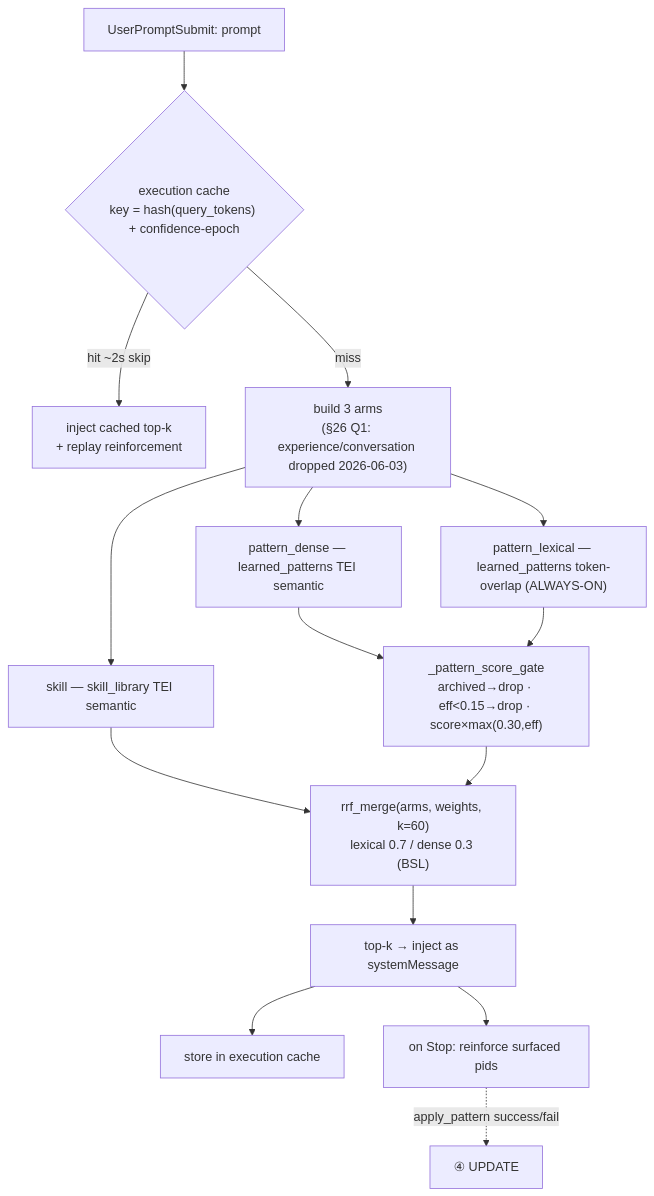
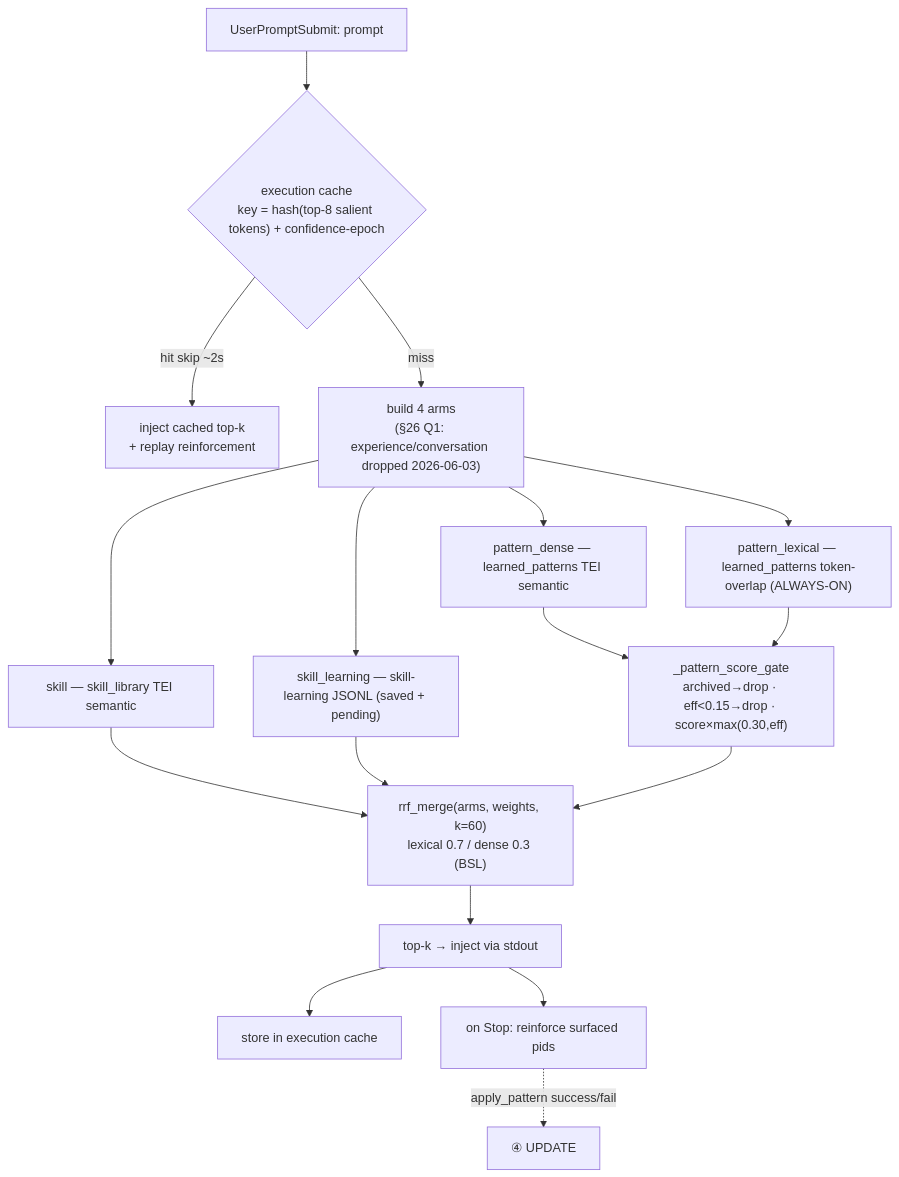
One commit to Alex1980Alex/1C-Framework changed the seventh of 10 diagrams in docs/framework documentation/5_ПАМЯТЬ/5.1_UNIFIED_MEMORY/27.11_Pattern_Lifecycle.md. Above: the diagram before and after it, drawn with Mermaid. The commit also changed other lines of this file and 70 other files, not shown here.

````diff
--- a/docs/framework documentation/5_ПАМЯТЬ/5.1_UNIFIED_MEMORY/27.11_Pattern_Lifecycle.md
+++ b/docs/framework documentation/5_ПАМЯТЬ/5.1_UNIFIED_MEMORY/27.11_Pattern_Lifecycle.md
@@ -132,17 +131,19 @@
 ```mermaid
 flowchart TD
-  P["UserPromptSubmit: prompt"] --> CK{"execution cache<br/>key = hash(query_tokens) + confidence-epoch"}
-  CK -->|hit ~2s skip| INJ["inject cached top-k<br/>+ replay reinforcement"]
-  CK -->|miss| ARMS["build 3 arms<br/>(§26 Q1: experience/conversation dropped 2026-06-03)"]
+  P["UserPromptSubmit: prompt"] --> CK{"execution cache<br/>key = hash(top-8 salient tokens) + confidence-epoch"}
+  CK -->|hit skip ~2s| INJ["inject cached top-k<br/>+ replay reinforcement"]
+  CK -->|miss| ARMS["build 4 arms<br/>(§26 Q1: experience/conversation dropped 2026-06-03)"]
   ARMS --> A1["skill — skill_library TEI semantic"]
   ARMS --> A3["pattern_dense — learned_patterns TEI semantic"]
   ARMS --> A4["pattern_lexical — learned_patterns token-overlap (ALWAYS-ON)"]
+  ARMS --> A5["skill_learning — skill-learning JSONL (saved + pending)"]
   A3 --> GATE["_pattern_score_gate<br/>archived→drop · eff<0.15→drop · score×max(0.30,eff)"]
   A4 --> GATE
   A1 --> RRF
+  A5 --> RRF
   GATE --> RRF["rrf_merge(arms, weights, k=60)<br/>lexical 0.7 / dense 0.3 (BSL)"]
-  RRF --> TOPK["top-k → inject as systemMessage"]
+  RRF --> TOPK["top-k → inject via stdout"]
   TOPK --> CACHE["store in execution cache"]
   TOPK --> STOP["on Stop: reinforce surfaced pids"]
   STOP -.->|apply_pattern success/fail| UPD["④ UPDATE"]
 ```
````
